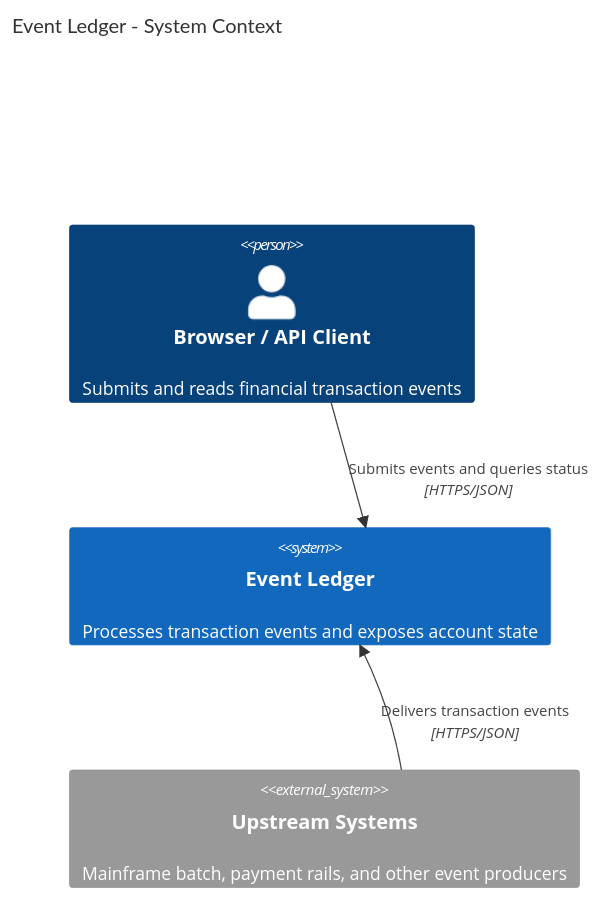
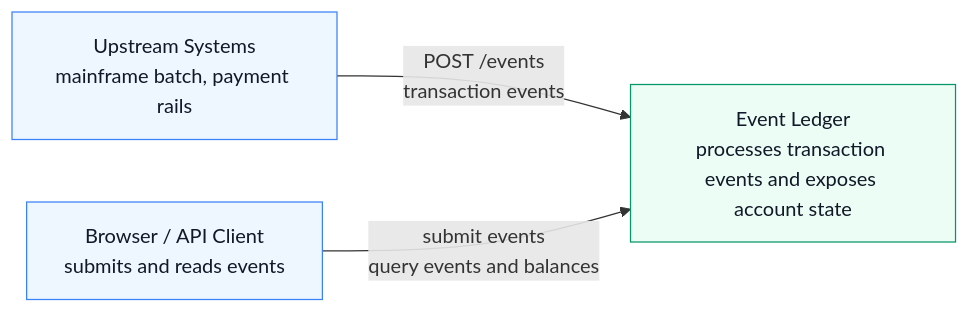
Before and after one commit to phnxfire/distr-sys-itrvw: the diagram in docs/diagrams/c4-context.mmd, drawn with Mermaid. The commit also changed 8 other files, not shown here.

Commit message:
Improve architecture diagram layout

```diff
--- a/docs/diagrams/c4-context.mmd
+++ b/docs/diagrams/c4-context.mmd
@@ -1,8 +1,13 @@
-C4Context
-  title Event Ledger - System Context
-  Person(client, "Browser / API Client", "Submits and reads financial transaction events")
-  System(eventLedger, "Event Ledger", "Processes transaction events and exposes account state")
-  System_Ext(upstream, "Upstream Systems", "Mainframe batch, payment rails, and other event producers")
+flowchart LR
+  %% C4 Level 1: System Context. Kept left-to-right to avoid crossing lines.
+  upstream["Upstream Systems<br/>mainframe batch, payment rails"]
+  client["Browser / API Client<br/>submits and reads events"]
+  ledger["Event Ledger<br/>processes transaction events and exposes account state"]
 
-  Rel(client, eventLedger, "Submits events and queries status", "HTTPS/JSON")
-  Rel(upstream, eventLedger, "Delivers transaction events", "HTTPS/JSON")
+  upstream -->|"POST /events<br/>transaction events"| ledger
+  client -->|"submit events<br/>query events and balances"| ledger
+
+  classDef actor fill:#eef6ff,stroke:#3b82f6,color:#111827
+  classDef system fill:#ecfdf5,stroke:#059669,color:#111827
+  class upstream,client actor
+  class ledger system
```
